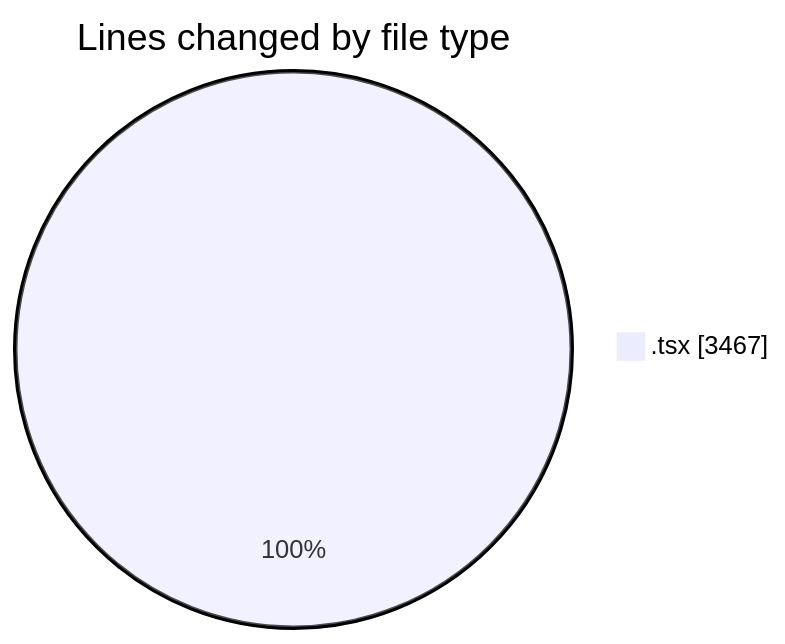
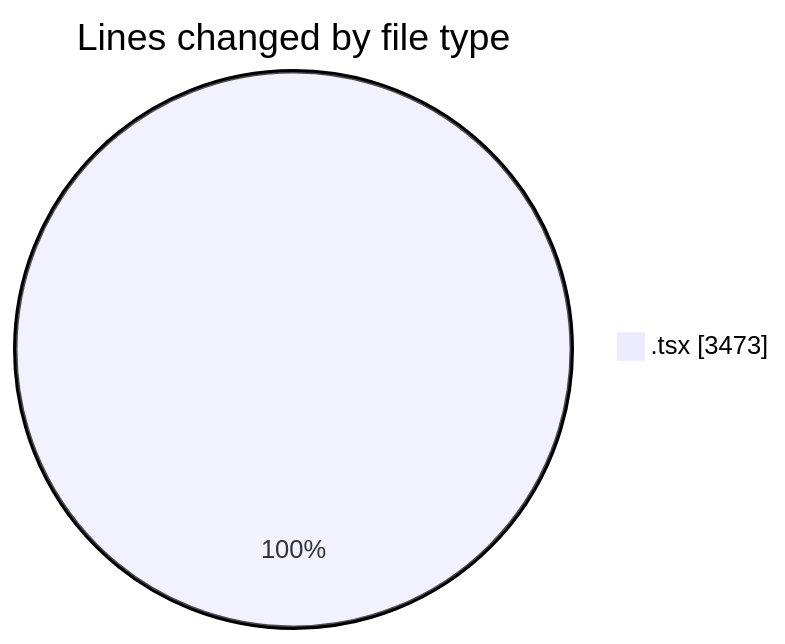
Before and after one commit to nxtqubesakshisongat/code-tracking: the first of 2 diagrams in 2026-06-18/nxtqube_webapp/README.md, drawn with Mermaid. The commit also changed other lines of this file and 1 other file, not shown here.

````diff
--- a/2026-06-18/nxtqube_webapp/README.md
+++ b/2026-06-18/nxtqube_webapp/README.md
@@ -20,5 +20,5 @@
 ```mermaid
 pie showData
 title Lines changed by file type
-".tsx" : 3467
+".tsx" : 3473
 ```
````
